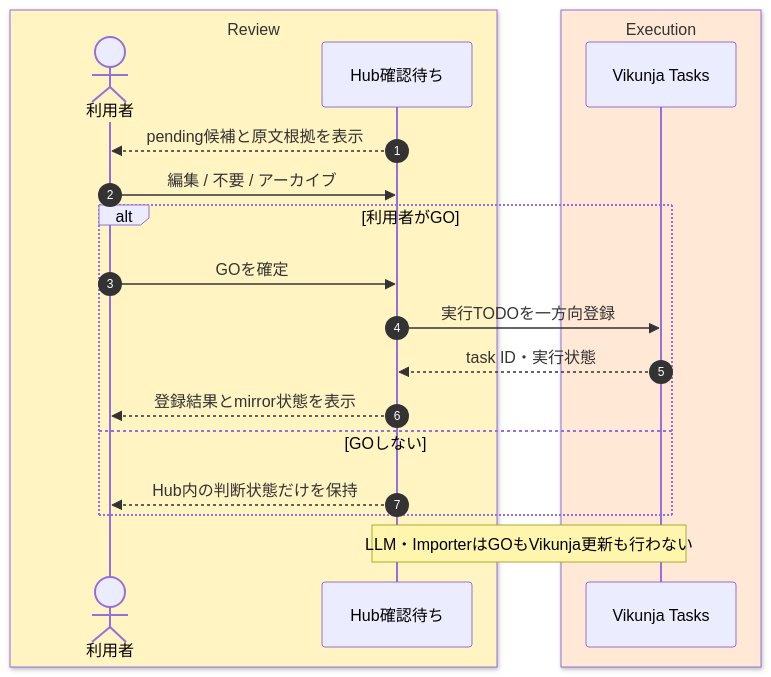
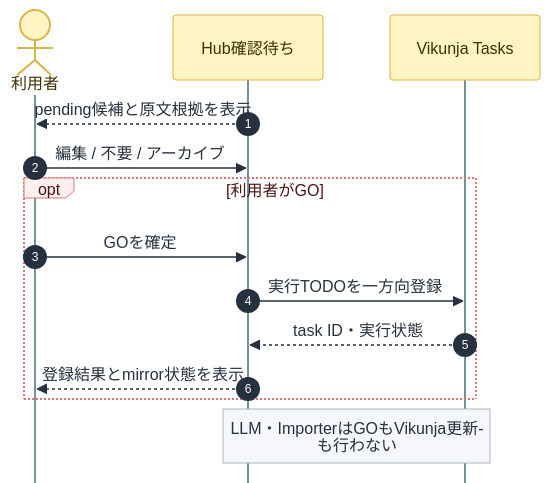
One commit to rohto4/my-pj-general changed the third of 3 diagrams in docs/arch/windows-vault-ai-intake-architecture-2026-07.md. Above: the diagram before and after it, drawn with Mermaid. The commit also changed other lines of this file and 15 other files, not shown here.

````diff
--- a/docs/arch/windows-vault-ai-intake-architecture-2026-07.md
+++ b/docs/arch/windows-vault-ai-intake-architecture-2026-07.md
@@ -77,24 +68,19 @@
 ```mermaid
+%%{init: {"theme":"base","themeVariables":{"background":"#ffffff","textColor":"#26313f","actorBkg":"#fff4c2","actorBorder":"#d8b545","actorTextColor":"#3b3100","actorLineColor":"#78909c","signalColor":"#26313f","signalTextColor":"#26313f","labelBoxBkgColor":"#fff0f0","labelBoxBorderColor":"#d87878","labelTextColor":"#4a1515","loopTextColor":"#4a1515","noteBkgColor":"#f5f7fa","noteBorderColor":"#aab4c0","noteTextColor":"#26313f"},"sequence":{"mirrorActors":false,"useMaxWidth":true,"wrap":true}}}%%
 sequenceDiagram
     autonumber
-    box rgb(255, 244, 194) Review
-        actor U as 利用者
-        participant H as Hub確認待ち
-    end
-    box rgb(255, 232, 214) Execution
-        participant T as Vikunja Tasks
-    end
+    actor U as 利用者
+    participant H as Hub確認待ち
+    participant T as Vikunja Tasks
 
     H-->>U: pending候補と原文根拠を表示
     U->>H: 編集 / 不要 / アーカイブ
-    alt 利用者がGO
+    opt 利用者がGO
         U->>H: GOを確定
         H->>T: 実行TODOを一方向登録
         T-->>H: task ID・実行状態
         H-->>U: 登録結果とmirror状態を表示
-    else GOしない
-        H-->>U: Hub内の判断状態だけを保持
     end
 
     Note over H,T: LLM・ImporterはGOもVikunja更新も行わない
 ```
````
